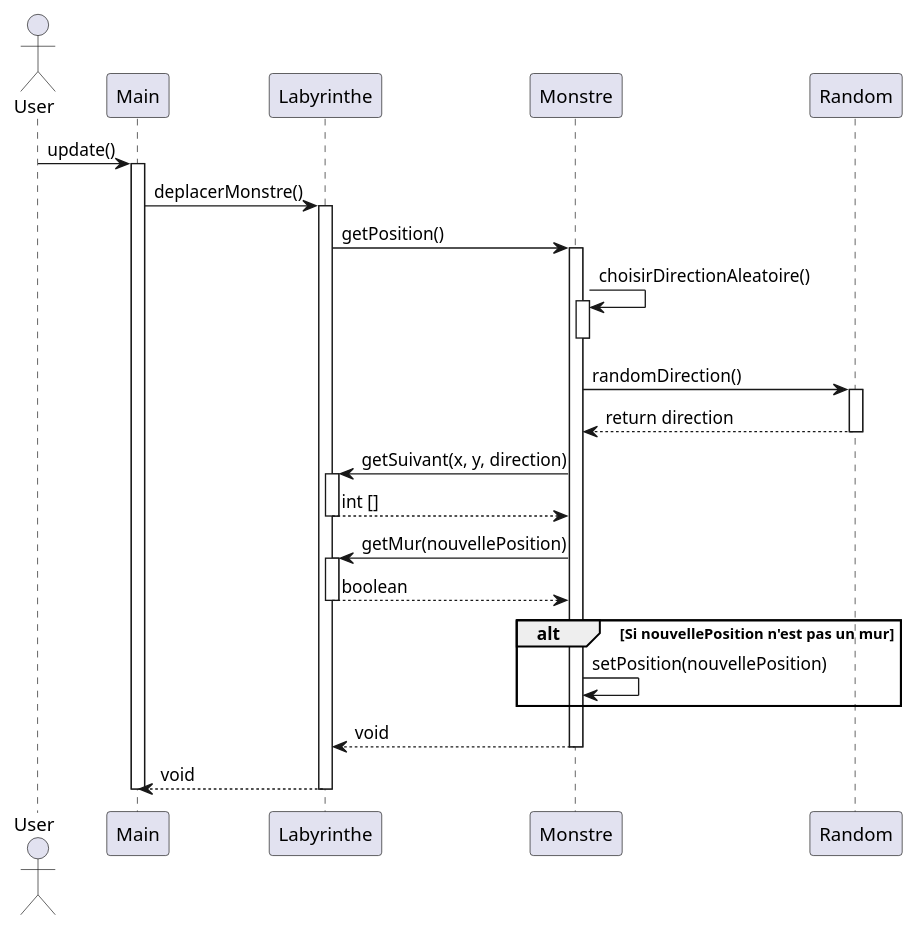
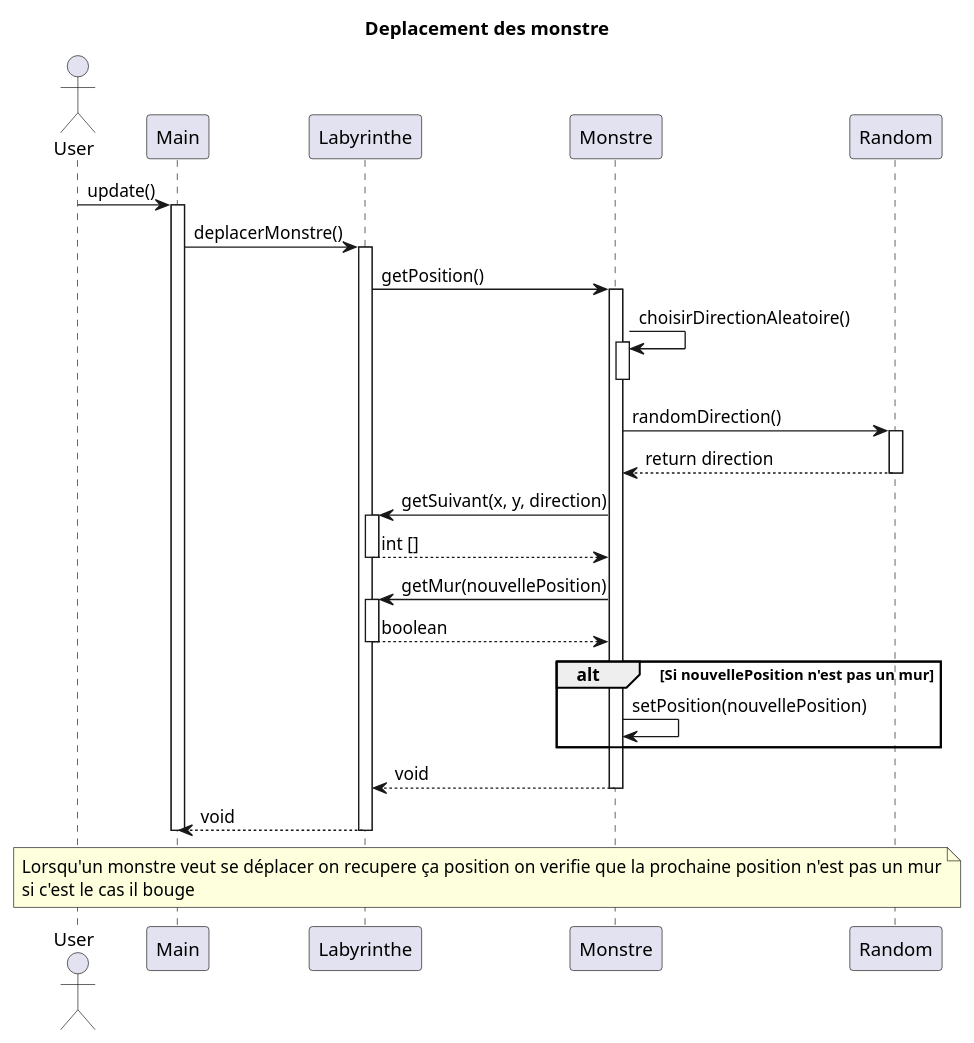
Before and after one commit to LukaSalvo/SAE2024: the diagram in zeldiablo/documents/version_2/diagseq_DeplacerMonstre.puml, drawn with PlantUML. The commit also changed 6 other files, not shown here.

```diff
--- a/zeldiablo/documents/version_2/diagseq_DeplacerMonstre.puml
+++ b/zeldiablo/documents/version_2/diagseq_DeplacerMonstre.puml
@@ -1,37 +1,41 @@
 @startuml
 actor User
 participant Main
 participant Labyrinthe
 participant Monstre
 participant Random
-
+title : Deplacement des monstre
 User -> Main: update()
 activate Main
 Main -> Labyrinthe: deplacerMonstre()
 activate Labyrinthe
 Labyrinthe -> Monstre: getPosition()
 activate Monstre
 Monstre -> Monstre: choisirDirectionAleatoire()
 activate Monstre
 deactivate Monstre
 Monstre -> Random: randomDirection()
 activate Random
 Random --> Monstre: return direction
 deactivate Random
 Monstre -> Labyrinthe: getSuivant(x, y, direction)
 activate Labyrinthe
 Labyrinthe --> Monstre : int []
 deactivate Labyrinthe
 Monstre -> Labyrinthe: getMur(nouvellePosition)
 activate Labyrinthe
 Labyrinthe --> Monstre : boolean
 deactivate Labyrinthe
 alt Si nouvellePosition n'est pas un mur
     Monstre -> Monstre: setPosition(nouvellePosition)
 end
 Monstre --> Labyrinthe : void
 deactivate Monstre
 Labyrinthe --> Main : void
 deactivate Labyrinthe
 deactivate Main
+note across
+Lorsqu'un monstre veut se déplacer on recupere ça position on verifie que la prochaine position n'est pas un mur
+si c'est le cas il bouge
+end note
 @enduml
```
